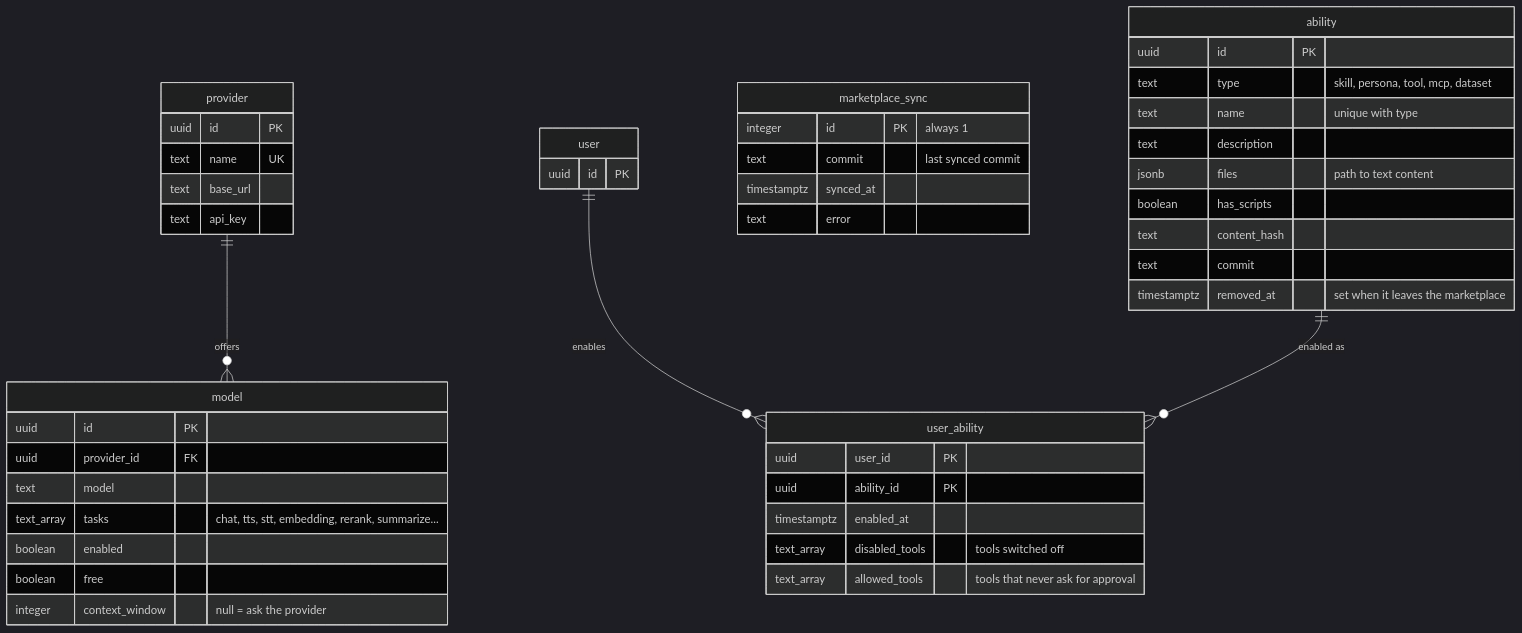
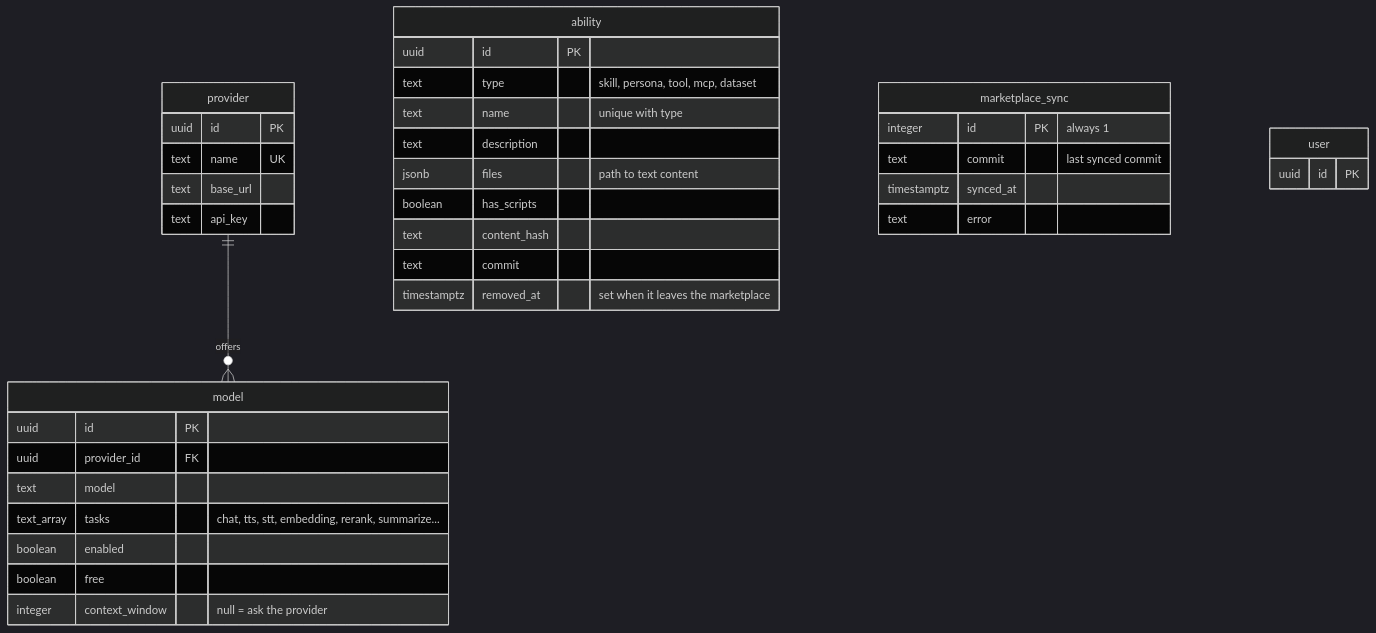
Before and after one commit to SubZtep/kaja: the third of 5 diagrams in docs/development/database.md, drawn with Mermaid (dark theme). The commit also changed other lines of this file and 334 other files, not shown here.

````diff
--- a/docs/development/database.md
+++ b/docs/development/database.md
@@ -189,54 +190,44 @@
 ```mermaid
 erDiagram
   provider {
     uuid id PK
     text name UK
     text base_url
     text api_key
   }
 
   model {
     uuid id PK
     uuid provider_id FK
     text model
     text_array tasks "chat, tts, stt, embedding, rerank, summarize..."
     boolean enabled
     boolean free
     integer context_window "null = ask the provider"
   }
 
   ability {
     uuid id PK
     text type "skill, persona, tool, mcp, dataset"
     text name "unique with type"
     text description
     jsonb files "path to text content"
     boolean has_scripts
     text content_hash
     text commit
     timestamptz removed_at "set when it leaves the marketplace"
   }
 
-  user_ability {
-    uuid user_id PK
-    uuid ability_id PK
-    timestamptz enabled_at
-    text_array disabled_tools "tools switched off"
-    text_array allowed_tools "tools that never ask for approval"
-  }
-
   marketplace_sync {
     integer id PK "always 1"
     text commit "last synced commit"
     timestamptz synced_at
     text error
   }
 
   user {
     uuid id PK
   }
 
   provider ||--o{ model : offers
-  user ||--o{ user_ability : enables
-  ability ||--o{ user_ability : "enabled as"
 ```
````
